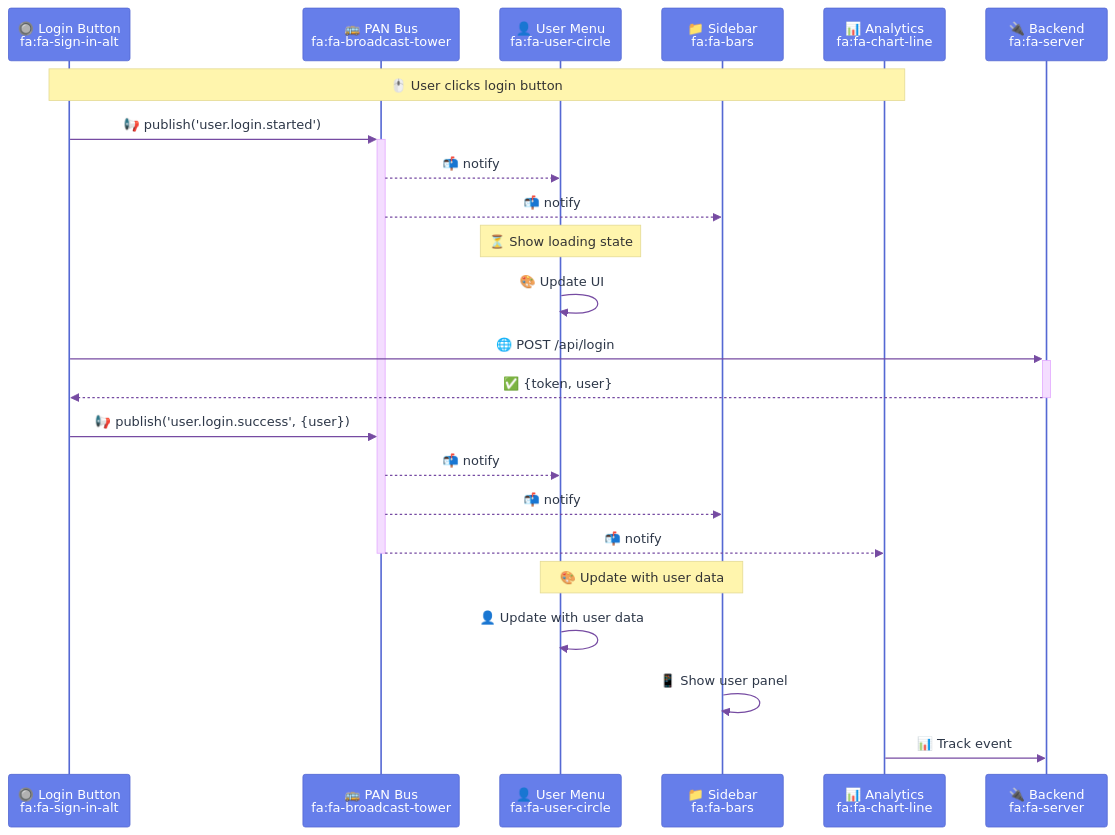
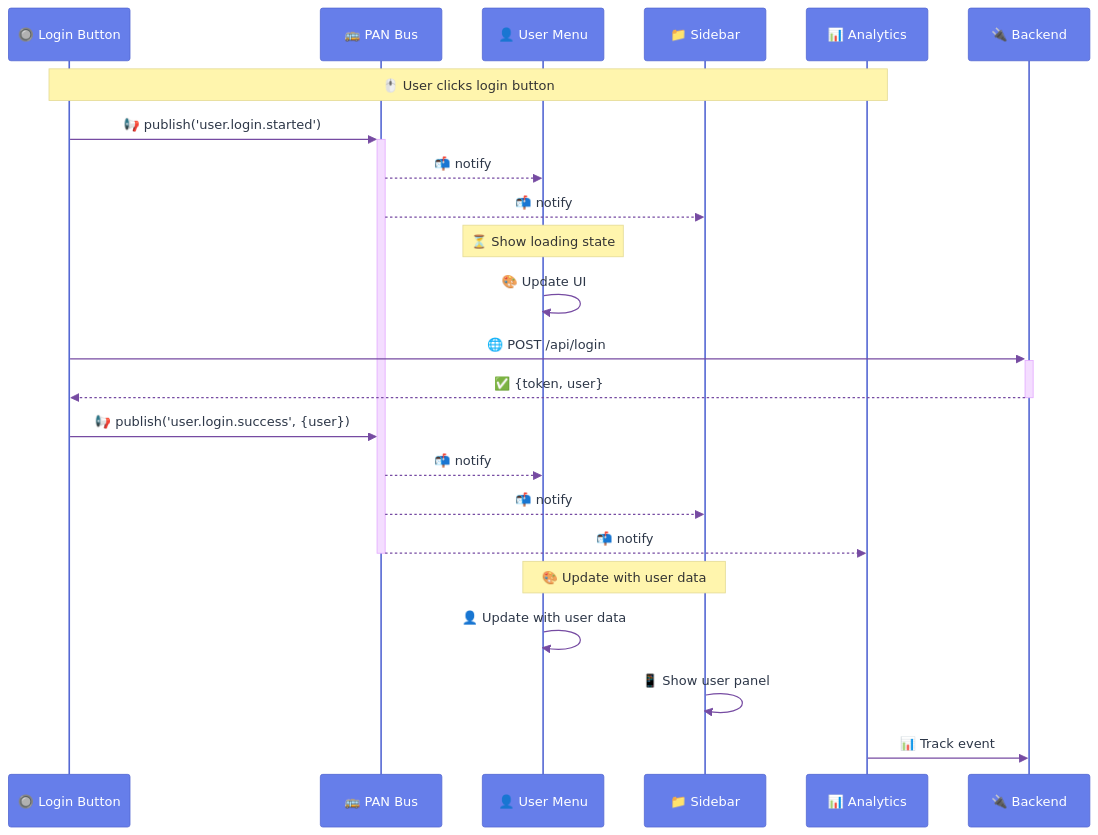
One commit to larcjs/larc changed the second of 10 diagrams in docs/books/learning-larc/diagrams/05-pan-bus.md. Above: the diagram before and after it, drawn with Mermaid. The commit also changed other lines of this file and 1 other file, not shown here.

First line of the commit message:
fix: remove FontAwesome icon references from diagrams

````diff
--- a/docs/books/learning-larc/diagrams/05-pan-bus.md
+++ b/docs/books/learning-larc/diagrams/05-pan-bus.md
@@ -57,32 +57,32 @@
 ```mermaid
 %%{init: {'theme':'base', 'themeVariables': { 'actorBkg':'#667eea','actorBorder':'#5568d3','actorTextColor':'#fff','signalColor':'#764ba2','signalTextColor':'#2d3748'}}}%%
 sequenceDiagram
-    participant LoginBtn as 🔘 Login Button<br/>fa:fa-sign-in-alt
-    participant PAN as 🚌 PAN Bus<br/>fa:fa-broadcast-tower
-    participant UserMenu as 👤 User Menu<br/>fa:fa-user-circle
-    participant Sidebar as 📁 Sidebar<br/>fa:fa-bars
-    participant Analytics as 📊 Analytics<br/>fa:fa-chart-line
-    participant API as 🔌 Backend<br/>fa:fa-server
+    participant LoginBtn as 🔘 Login Button
+    participant PAN as 🚌 PAN Bus
+    participant UserMenu as 👤 User Menu
+    participant Sidebar as 📁 Sidebar
+    participant Analytics as 📊 Analytics
+    participant API as 🔌 Backend
 
     Note over LoginBtn,Analytics: 🖱️ User clicks login button
 
     LoginBtn->>+PAN: 📢 publish('user.login.started')
     PAN-->>UserMenu: 📬 notify
     PAN-->>Sidebar: 📬 notify
     Note over UserMenu: ⏳ Show loading state
     UserMenu->>UserMenu: 🎨 Update UI
 
     LoginBtn->>+API: 🌐 POST /api/login
     API-->>-LoginBtn: ✅ {token, user}
 
     LoginBtn->>PAN: 📢 publish('user.login.success', {user})
 
     PAN-->>UserMenu: 📬 notify
     PAN-->>Sidebar: 📬 notify
     PAN-->>-Analytics: 📬 notify
 
     Note over UserMenu,Sidebar: 🎨 Update with user data
     UserMenu->>UserMenu: 👤 Update with user data
     Sidebar->>Sidebar: 📱 Show user panel
     Analytics->>API: 📊 Track event
 ```
````
